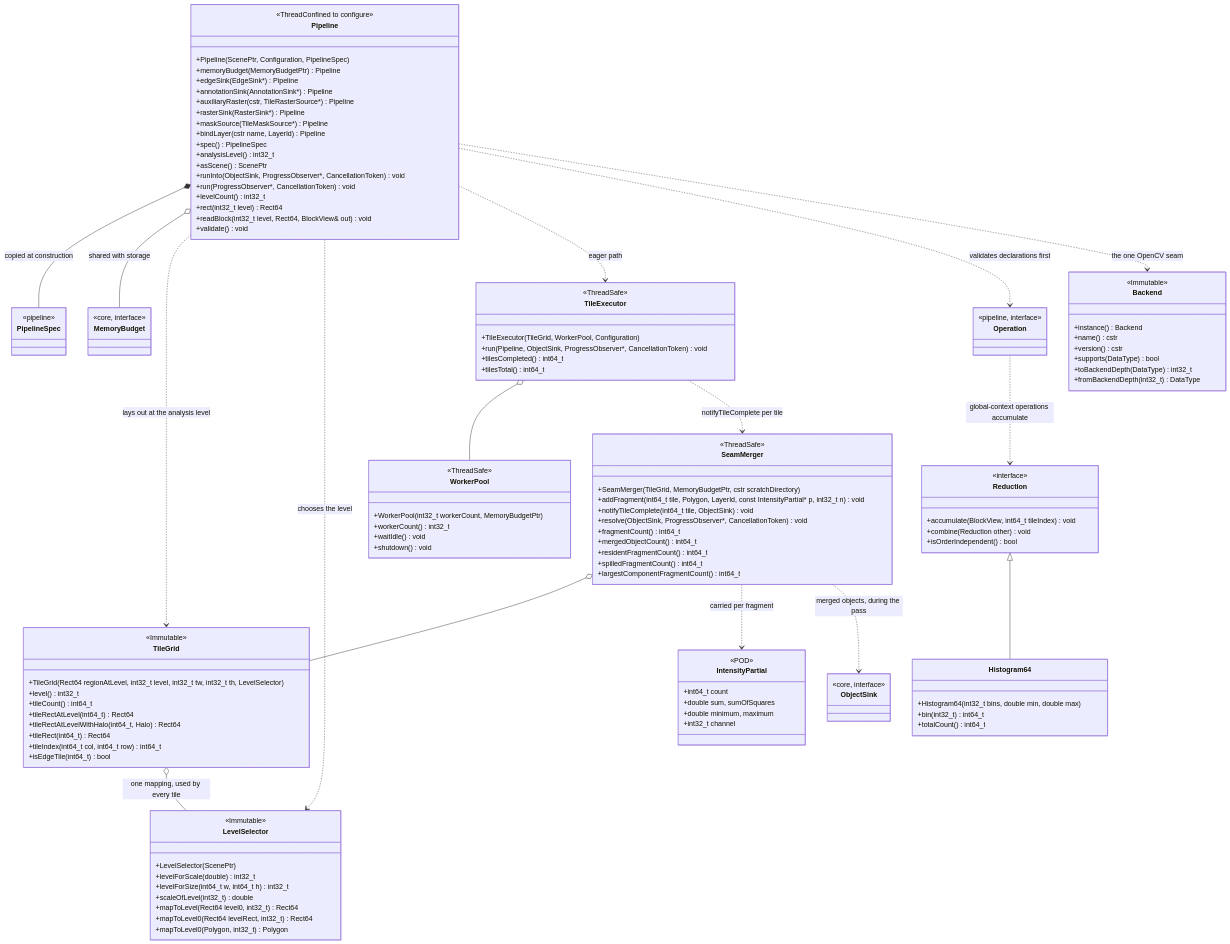
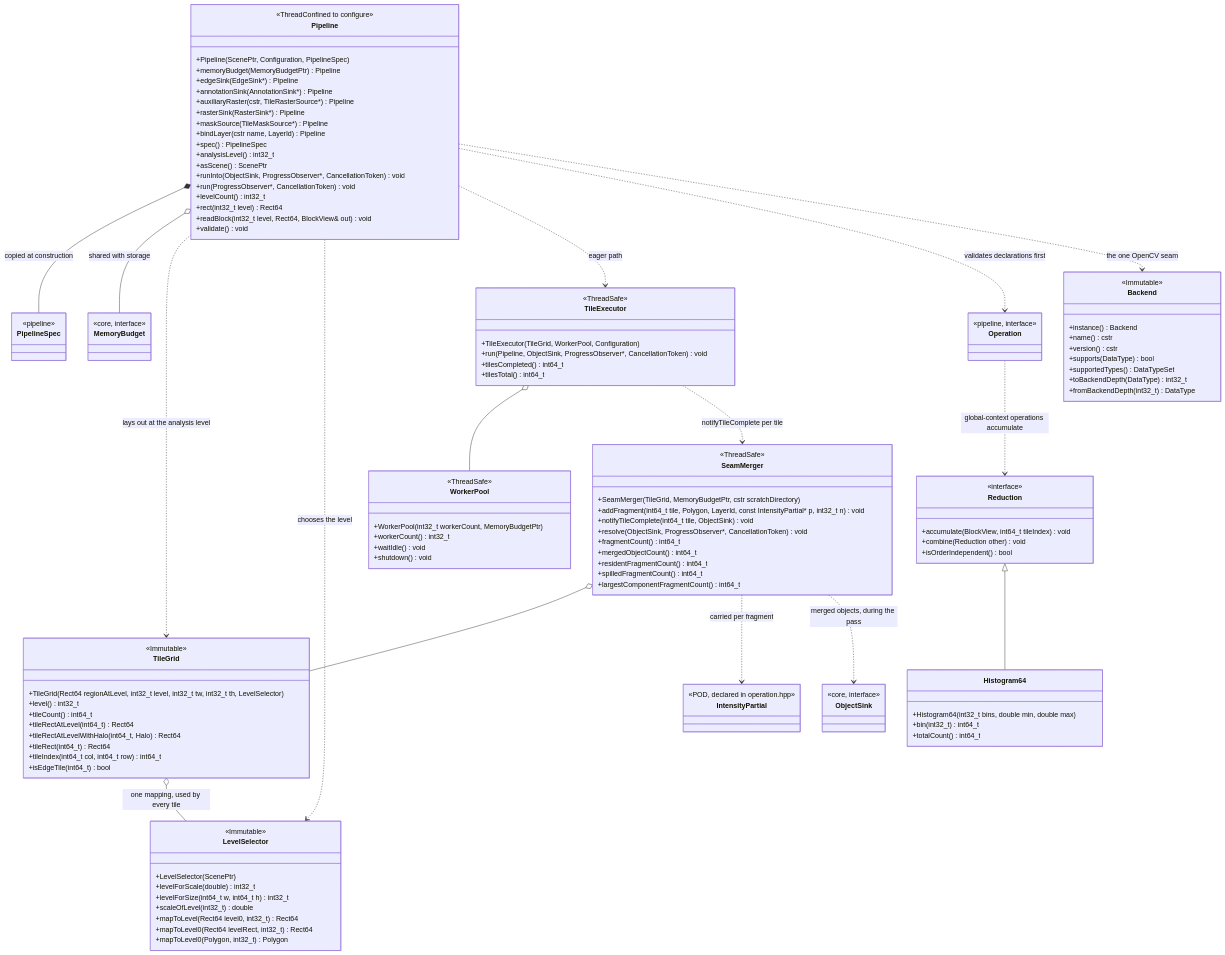
Before and after one commit to Booritas/slideio-processor: diagram 11 of 14 in docs/superpowers/specs/sds/08-class-diagrams.md, drawn with Mermaid. The commit also changed other lines of this file and 4 other files, not shown here.

```diff
--- a/docs/superpowers/specs/sds/08-class-diagrams.md
+++ b/docs/superpowers/specs/sds/08-class-diagrams.md
@@ -1433,11 +1488,7 @@
     }
 
     class IntensityPartial {
-        <<POD>>
-        +int64_t count
-        +double sum, sumOfSquares
-        +double minimum, maximum
-        +int32_t channel
+        <<POD, declared in operation.hpp>>
     }
 
     class Reduction {
@@ -1475,6 +1526,7 @@
         +name() cstr
         +version() cstr
         +supports(DataType) bool
+        +supportedTypes() DataTypeSet
         +toBackendDepth(DataType) int32_t
         +fromBackendDepth(int32_t) DataType
     }
```
